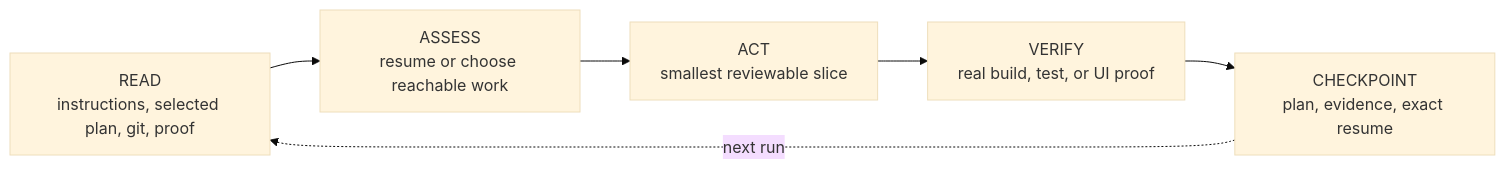
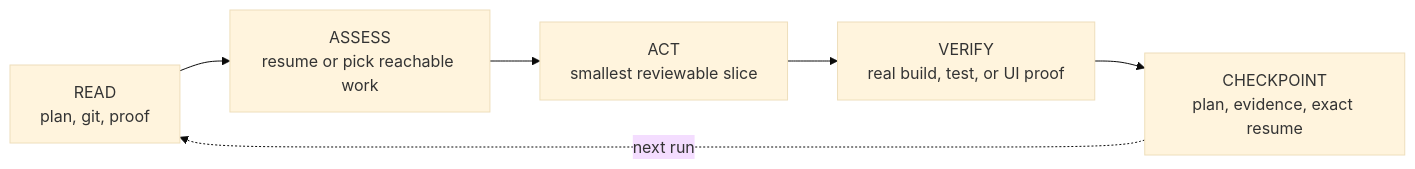
One commit to firstbitelabsllc/vidux changed the diagram in README.md. Above: the diagram before and after it, drawn with Mermaid (base theme). The commit also changed other lines of this file and 13 other files, not shown here.

````diff
--- a/README.md
+++ b/README.md
@@ -59,10 +57,10 @@
 ```mermaid
 flowchart LR
-  R["READ<br/>instructions, selected plan, git, proof"]
-  A["ASSESS<br/>resume or choose reachable work"]
+  R["READ<br/>plan, git, proof"]
+  A["ASSESS<br/>resume or pick reachable work"]
   X["ACT<br/>smallest reviewable slice"]
   V["VERIFY<br/>real build, test, or UI proof"]
   C["CHECKPOINT<br/>plan, evidence, exact resume"]
   R --> A --> X --> V --> C
   C -. next run .-> R
 ```
````
